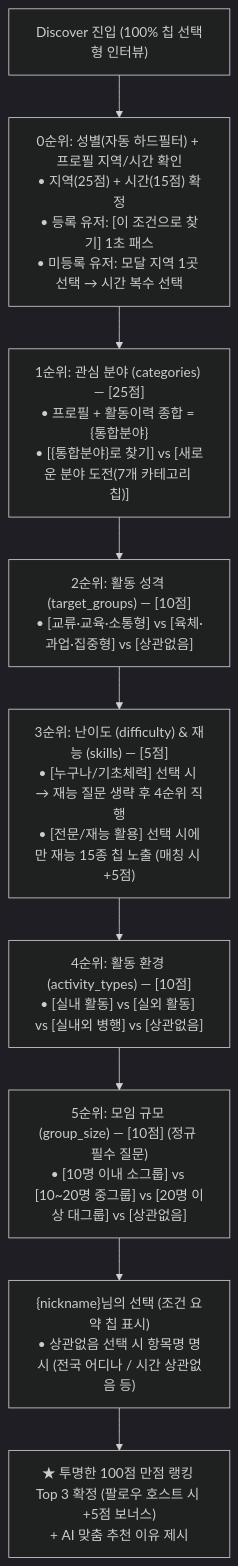
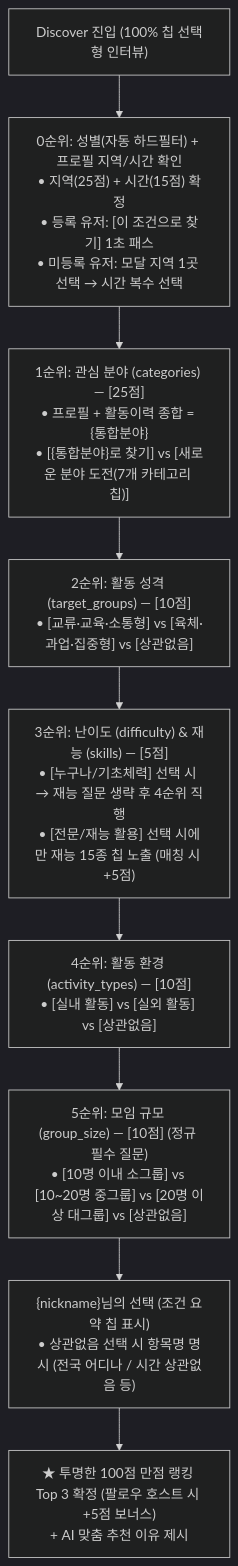
The diagram in docs/DISCOVER-AI-대화추천-시스템-명세서.md (olivepop04/ChakChak-app), drawn with Mermaid (dark theme) before and after one commit. The commit also changed other lines of this file and 8 other files, not shown here.

````diff
--- a/docs/DISCOVER-AI-대화추천-시스템-명세서.md
+++ b/docs/DISCOVER-AI-대화추천-시스템-명세서.md
@@ -51,18 +54,18 @@
 ```mermaid
 flowchart TD
     Start["Discover 진입 (100% 칩 선택형 인터뷰)"] --> Step0["0순위: 성별(자동 하드필터) + 프로필 지역/시간 확인<br/>• 지역(25점) + 시간(15점) 확정<br/>• 등록 유저: [이 조건으로 찾기] 1초 패스<br/>• 미등록 유저: 모달 지역 1곳 선택 → 시간 복수 선택"]
     
     Step0 --> Step1["1순위: 관심 분야 (categories) — [25점]<br/>• 프로필 + 활동이력 종합 = {통합분야}<br/>• [{통합분야}로 찾기] vs [새로운 분야 도전(7개 카테고리 칩)]"]
     
     Step1 --> Step2["2순위: 활동 성격 (target_groups) — [10점]<br/>• [교류·교육·소통형] vs [육체·과업·집중형] vs [상관없음]"]
     
     Step2 --> Step3["3순위: 난이도 (difficulty) & 재능 (skills) — [5점]<br/>• [누구나/기초체력] 선택 시 → 재능 질문 생략 후 4순위 직행<br/>• [전문/재능 활용] 선택 시에만 재능 15종 칩 노출 (매칭 시 +5점)"]
     
-    Step3 --> Step4["4순위: 활동 환경 (activity_types) — [10점]<br/>• [실내 활동] vs [실외 활동] vs [실내외 병행] vs [상관없음]"]
+    Step3 --> Step4["4순위: 활동 환경 (activity_types) — [10점]<br/>• [실내 활동] vs [실외 활동] vs [상관없음]"]
     
     Step4 --> Step5["5순위: 모임 규모 (group_size) — [10점] (정규 필수 질문)<br/>• [10명 이내 소그룹] vs [10~20명 중그룹] vs [20명 이상 대그룹] vs [상관없음]"]
     
     Step5 --> Summary["{nickname}님의 선택 (조건 요약 칩 표시)<br/>• 상관없음 선택 시 항목명 명시 (전국 어디나 / 시간 상관없음 등)"]
     
     Summary --> Result["★ 투명한 100점 만점 랭킹 Top 3 확정 (팔로우 호스트 시 +5점 보너스)<br/>+ AI 맞춤 추천 이유 제시"]
 ```
````
